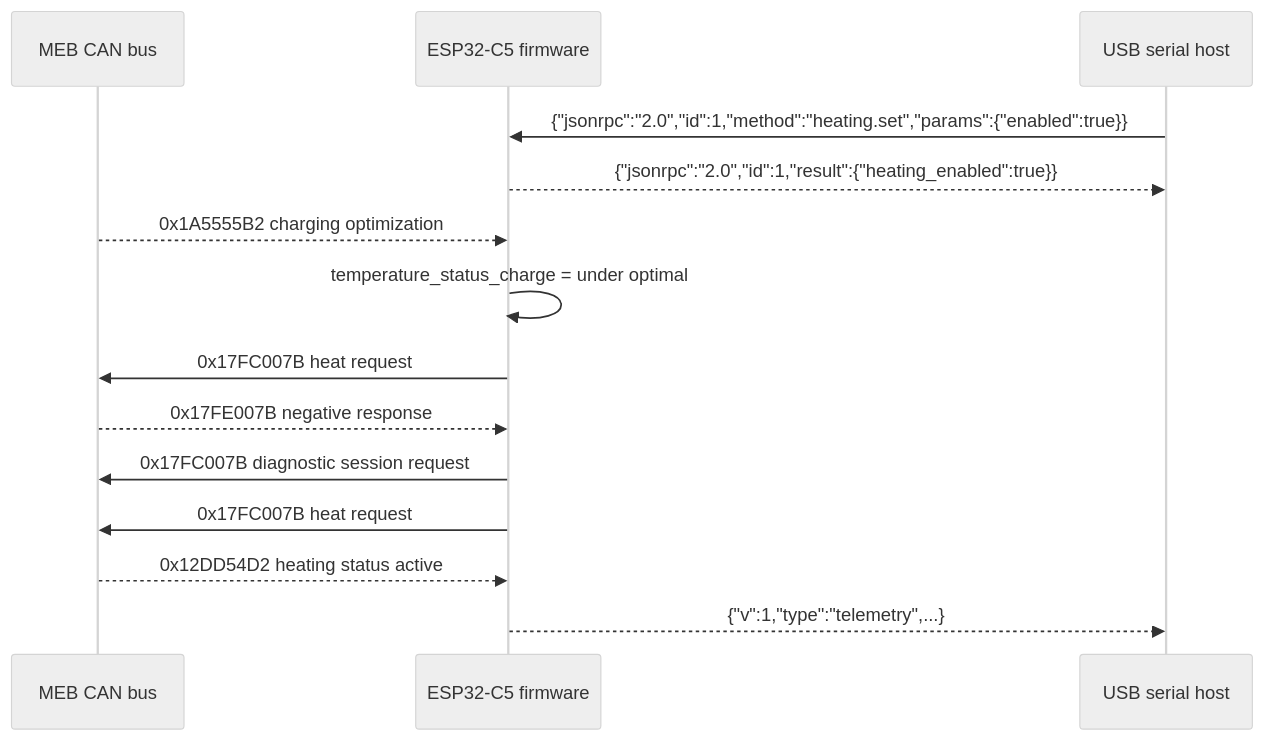
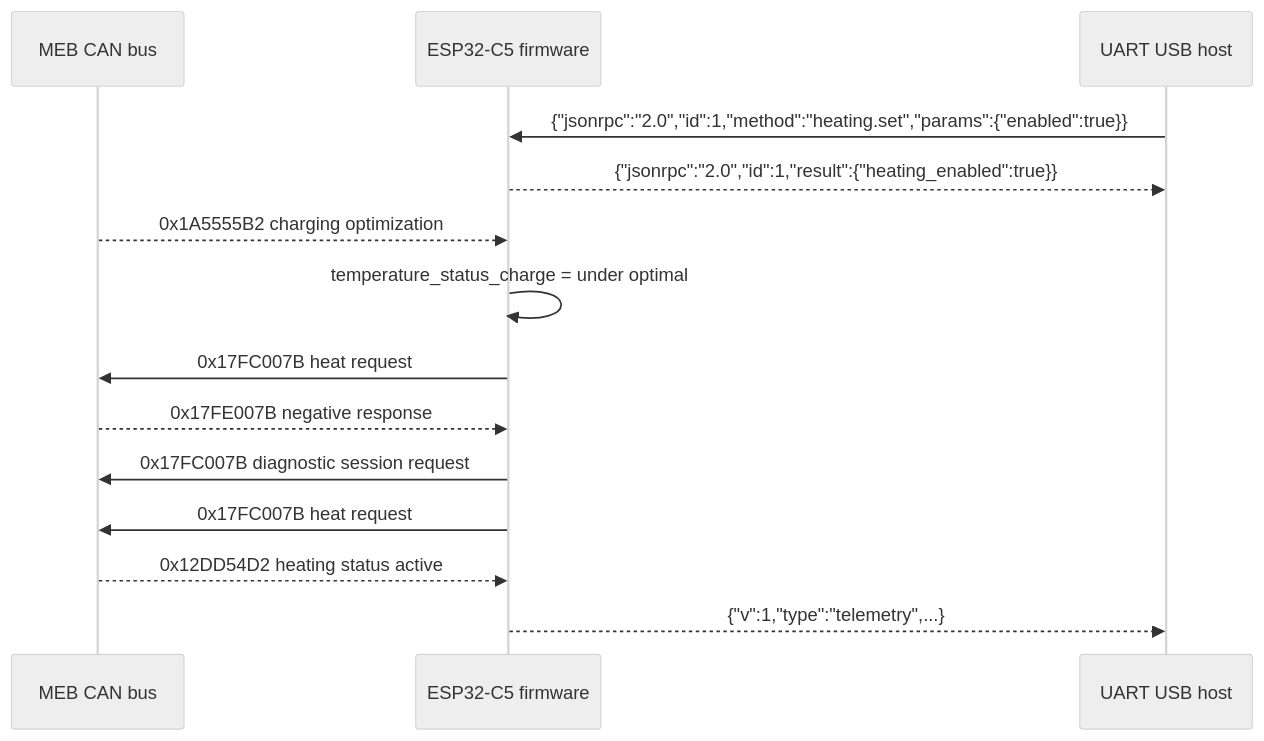
Before and after one commit to are2/meb-commander: the third of 3 diagrams in SOFTWARE.md, drawn with Mermaid (neutral theme). The commit also changed other lines of this file and 8 other files, not shown here.

Commit message:
Moved serial output to UART USB

````diff
--- a/SOFTWARE.md
+++ b/SOFTWARE.md
@@ -69,17 +69,17 @@
 ```mermaid
 sequenceDiagram
     participant Car as MEB CAN bus
     participant ESP as ESP32-C5 firmware
-    participant Host as USB serial host
+    participant Host as UART USB host
 
     Host->>ESP: {"jsonrpc":"2.0","id":1,"method":"heating.set","params":{"enabled":true}}
     ESP-->>Host: {"jsonrpc":"2.0","id":1,"result":{"heating_enabled":true}}
     Car-->>ESP: 0x1A5555B2 charging optimization
     ESP->>ESP: temperature_status_charge = under optimal
     ESP->>Car: 0x17FC007B heat request
     Car-->>ESP: 0x17FE007B negative response
     ESP->>Car: 0x17FC007B diagnostic session request
     ESP->>Car: 0x17FC007B heat request
     Car-->>ESP: 0x12DD54D2 heating status active
     ESP-->>Host: {"v":1,"type":"telemetry",...}
 ```
````
